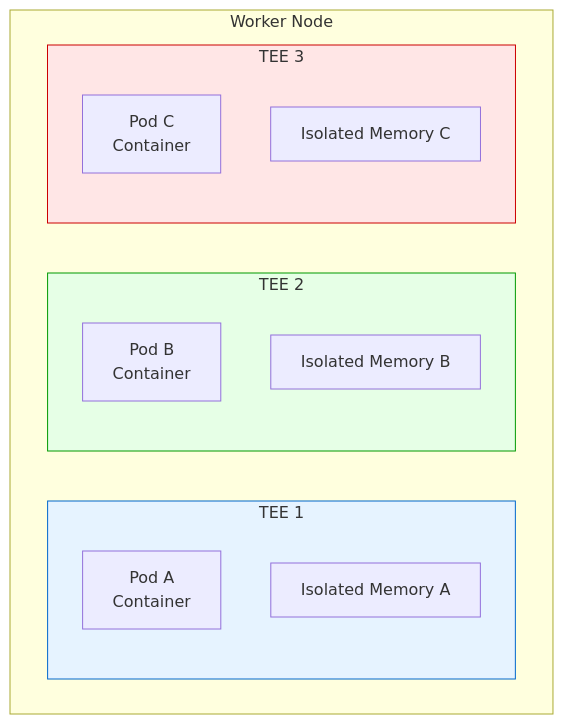
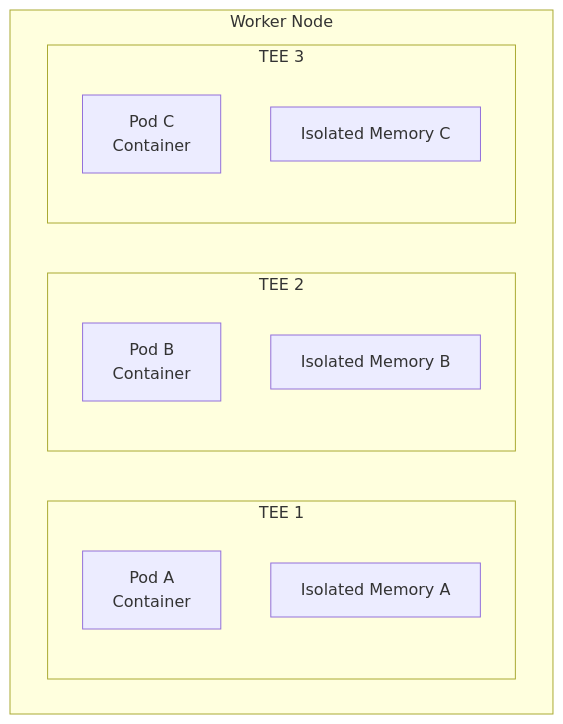
Before and after one commit to scontain/encrypted_container_images: diagram 14 of 15 in PROPOSAL.md, drawn with Mermaid. The commit also changed other lines of this file, not shown here.

````diff
--- a/PROPOSAL.md
+++ b/PROPOSAL.md
@@ -556,21 +692,18 @@
 ```mermaid
 flowchart TB
     subgraph Host["Worker Node"]
         subgraph TEE1["TEE 1"]
             PA["Pod A<br/>Container"]
             MA["Isolated Memory A"]
         end
         subgraph TEE2["TEE 2"]
             PB["Pod B<br/>Container"]
             MB["Isolated Memory B"]
         end
         subgraph TEE3["TEE 3"]
             PC["Pod C<br/>Container"]
             MC["Isolated Memory C"]
         end
     end
     
-    style TEE1 fill:#E6F3FF,stroke:#0066CC
-    style TEE2 fill:#E6FFE6,stroke:#009900
-    style TEE3 fill:#FFE6E6,stroke:#CC0000
 ```
````
